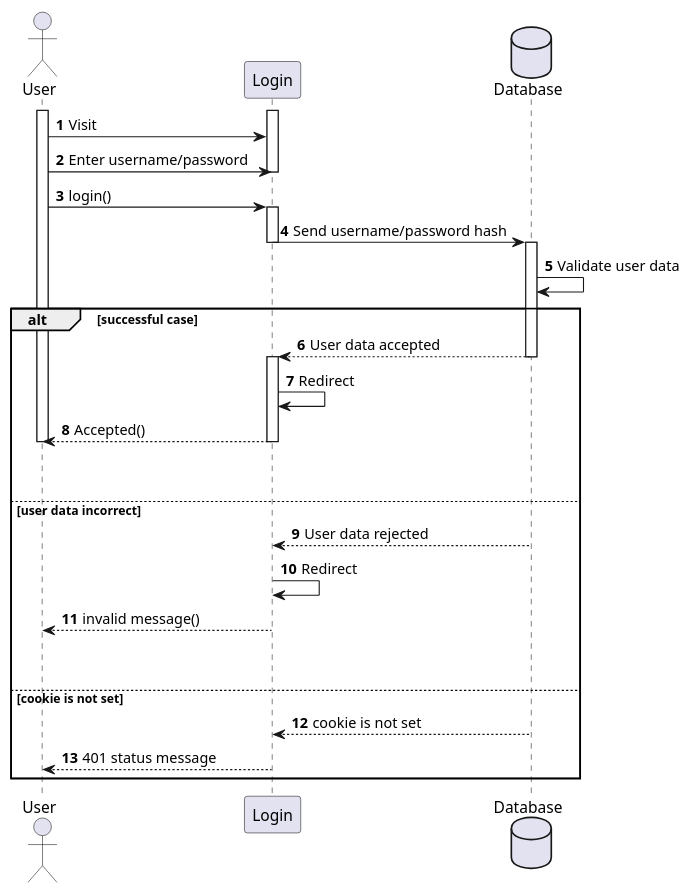
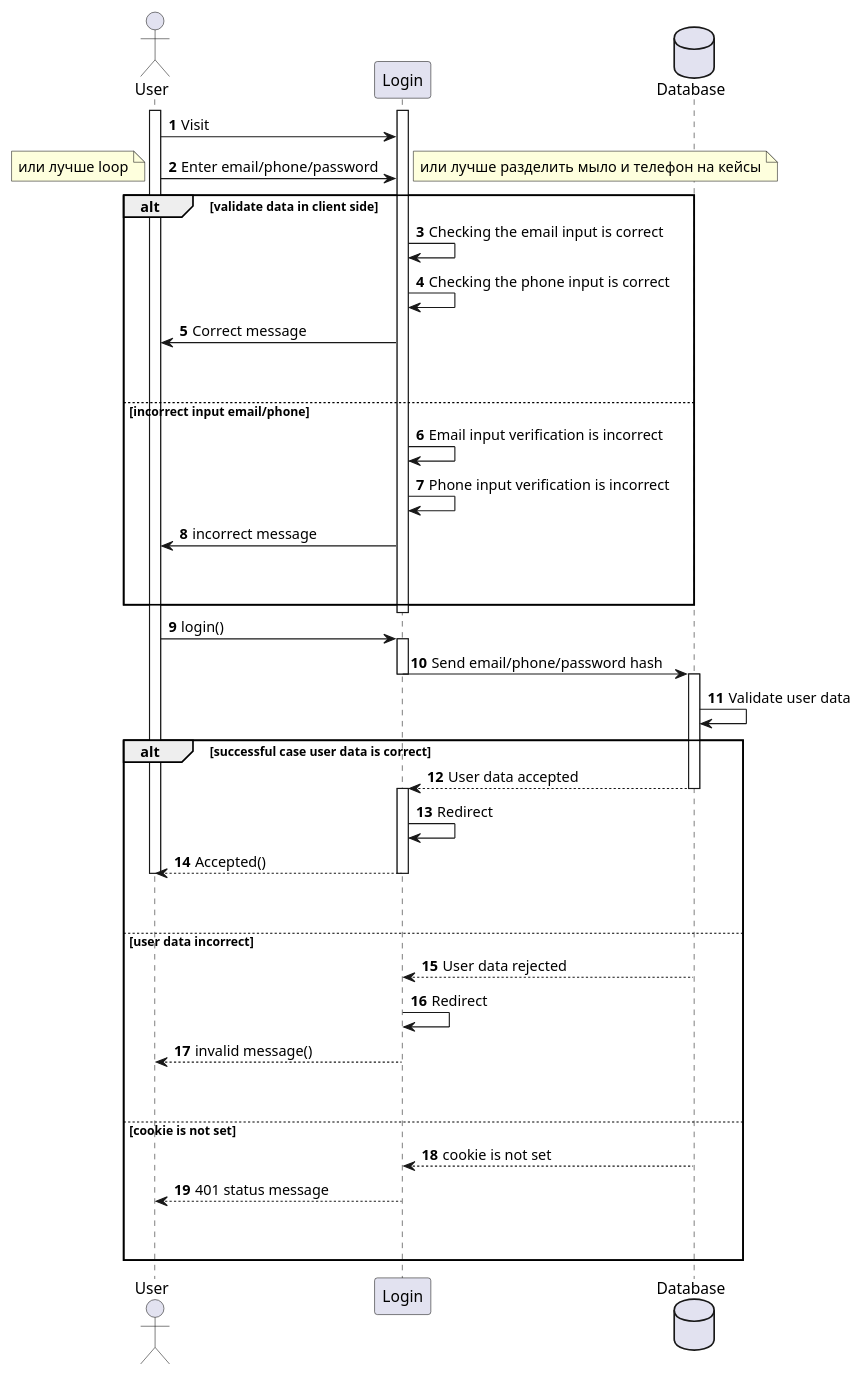
One commit to godoxyfair/igumenova_rmr_hw_server changed the diagram in Sucsessful_unsucsessful UML.puml. Above: the diagram before and after it, drawn with PlantUML.

Commit message:
(un)successful case in progress

```diff
--- a/Sucsessful_unsucsessful UML.puml
+++ b/Sucsessful_unsucsessful UML.puml
@@ -1,40 +1,53 @@
 @startuml
 'https://plantuml.com/sequence-diagram
 
 autonumber
 actor User
 participant Login
 database  Database
 activate User
 activate Login
 User -> Login: Visit
-User -> Login : Enter username/password
+User -> Login : Enter email/phone/password
+note left: или лучше loop
+note right: или лучше разделить мыло и телефон на кейсы
+alt validate data in client side
+    Login -> Login: Checking the email input is correct
+    Login -> Login: Checking the phone input is correct
+    Login -> User: Correct message
+||45||
+else incorrect input email/phone
+    Login -> Login: Email input verification is incorrect
+    Login -> Login: Phone input verification is incorrect
+    Login -> User: incorrect message
+||45||
+end
 deactivate Login
 User -> Login : login()
 activate Login
-Login -> Database: Send username/password hash
+Login -> Database: Send email/phone/password hash
 deactivate Login
 activate Database
 Database -> Database: Validate user data
 
-alt successful case
+alt successful case user data is correct
     Database --> Login : User data accepted
     deactivate Database
     activate Login
     Login -> Login : Redirect
     Login --> User: Accepted()
     deactivate Login
     deactivate User
 ||45||
 else user data incorrect
     Database --> Login: User data rejected
     Login -> Login: Redirect
     Login --> User: invalid message()
 ||45||
 else cookie is not set
     Database --> Login: cookie is not set
     Login --> User: 401 status message
+||45||
 end
 
-
 @enduml
```
